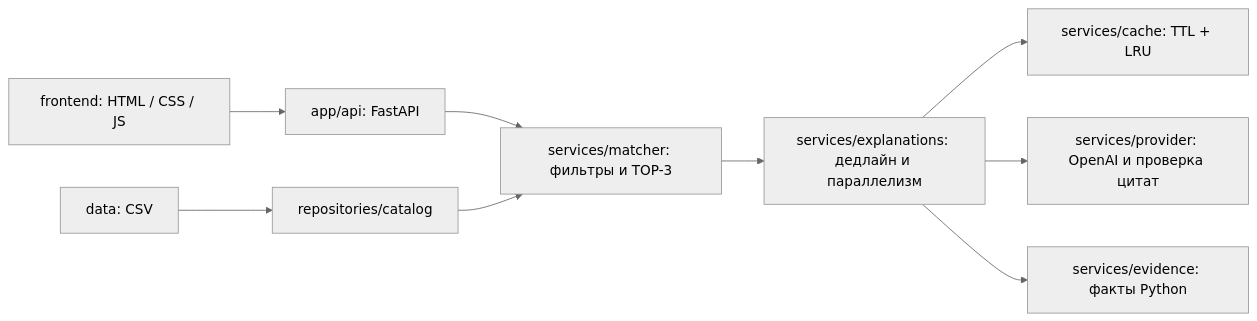
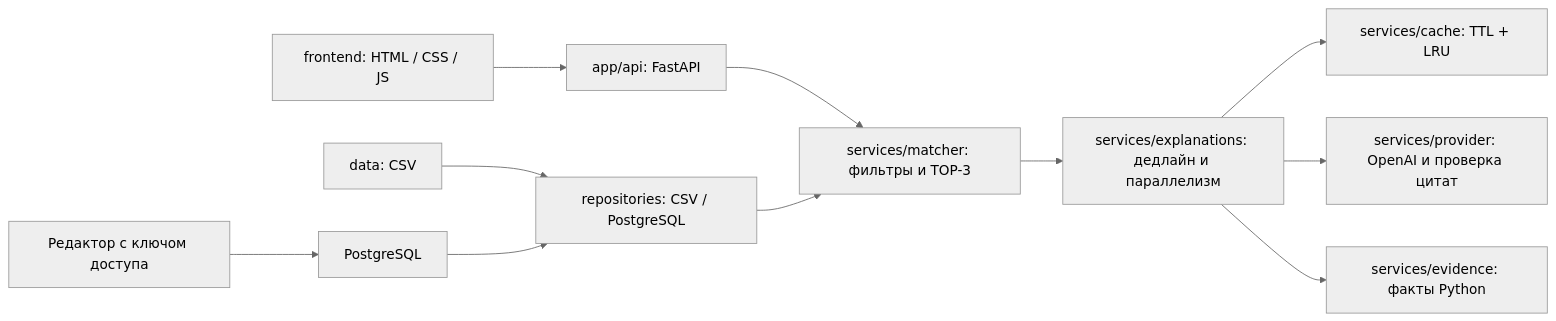
Before and after one commit to BAITC-Hacks/hack-dbe07283-nursolution: the diagram in docs/architecture.md, drawn with Mermaid (neutral theme). The commit also changed other lines of this file and 43 other files, not shown here.

````diff
--- a/docs/architecture.md
+++ b/docs/architecture.md
@@ -9,10 +9,12 @@
 ```mermaid
 flowchart LR
   UI["frontend: HTML / CSS / JS"] --> HTTP["app/api: FastAPI"]
   HTTP --> Matcher["services/matcher: фильтры и TOP-3"]
-  CSV["data: CSV"] --> Repo["repositories/catalog"] --> Matcher
+  CSV["data: CSV"] --> Repo["repositories: CSV / PostgreSQL"] --> Matcher
+  DB["PostgreSQL"] --> Repo
+  Admin["Редактор с ключом доступа"] --> DB
   Matcher --> Explain["services/explanations: дедлайн и параллелизм"]
   Explain --> Cache["services/cache: TTL + LRU"]
   Explain --> Provider["services/provider: OpenAI и проверка цитат"]
   Explain --> Facts["services/evidence: факты Python"]
 ```
````
